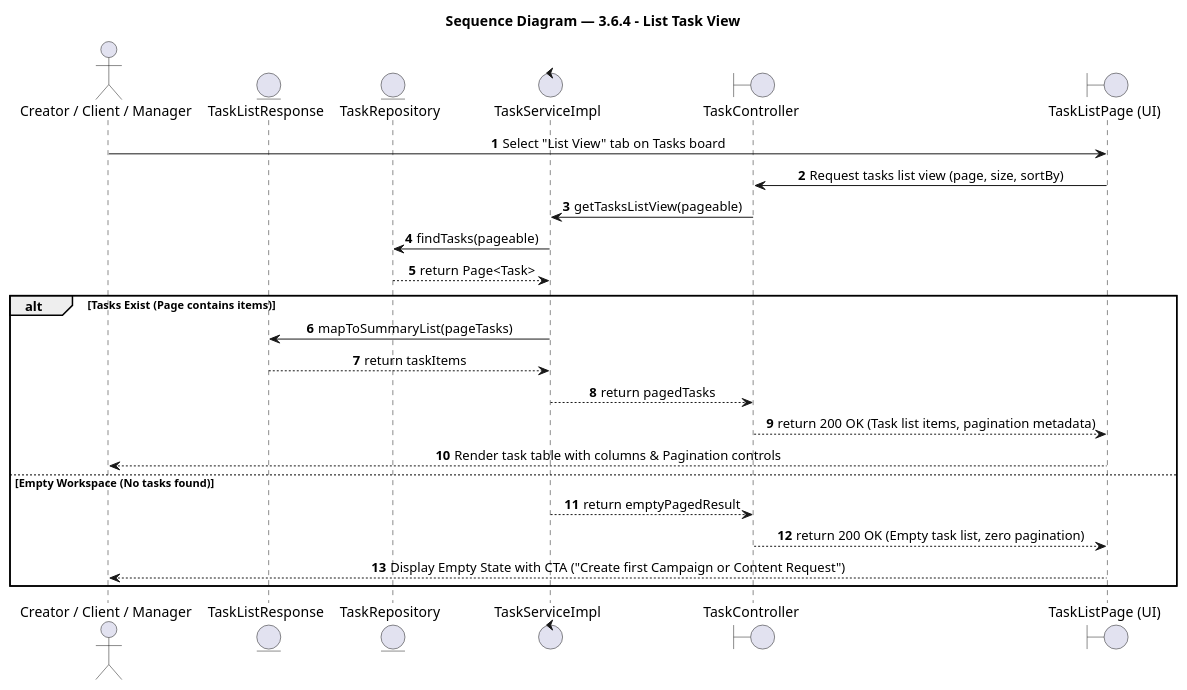
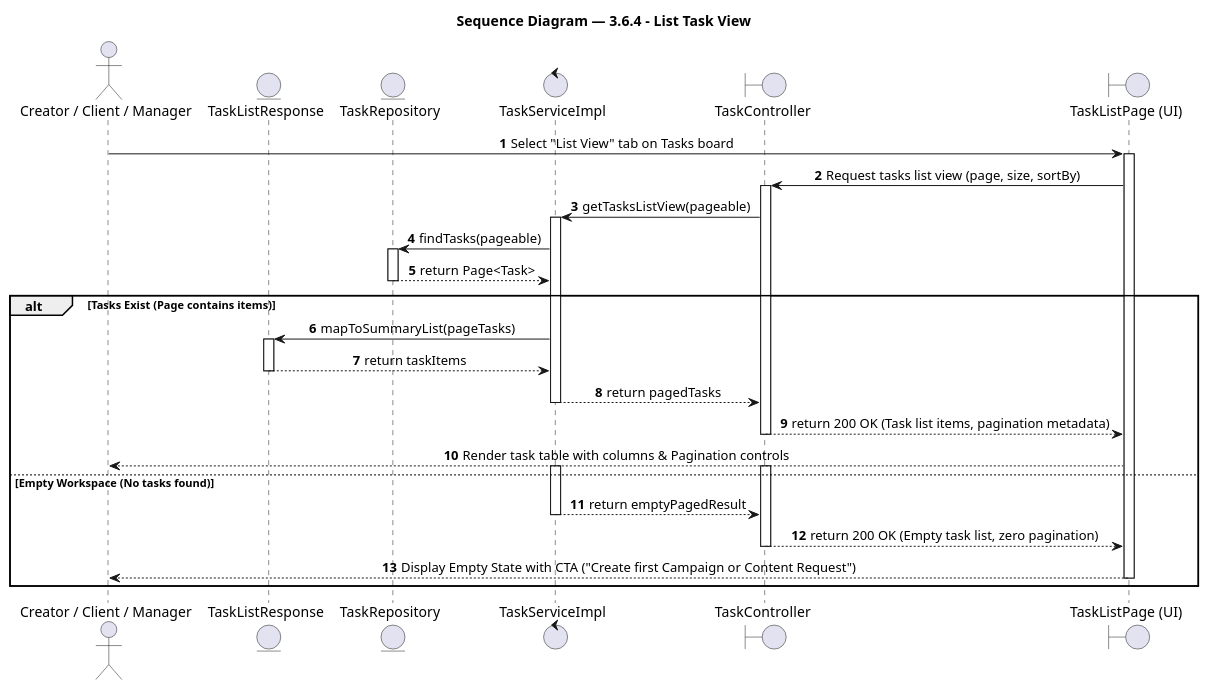
One commit to BrandHubOrganization/brandhub-infrastructure changed the diagram in docs/feature/content-task-workflow/3-6-4-list-task-view/report4_sequence.puml. Above: the diagram before and after it, drawn with PlantUML. The commit also changed 149 other files, not shown here.

Commit message:
docs(sequence): fix activation bars across all sequence diagrams according to UML 2.5 rules

```diff
--- a/docs/feature/content-task-workflow/3-6-4-list-task-view/report4_sequence.puml
+++ b/docs/feature/content-task-workflow/3-6-4-list-task-view/report4_sequence.puml
@@ -1,37 +1,51 @@
 @startuml 3.6.4 - List Task View
 title Sequence Diagram — 3.6.4 - List Task View
 
 autonumber
 skinparam shadowing false
 skinparam sequenceMessageAlign center
 skinparam BoxPadding 10
 skinparam ParticipantPadding 10
 
 ' === Participants ===
 actor "Creator / Client / Manager" as creatorclientmanager
 entity "TaskListResponse" as tasklistresponse
 entity "TaskRepository" as taskrepository
 control "TaskServiceImpl" as taskserviceimpl
 boundary "TaskController" as taskcontroller
 boundary "TaskListPage (UI)" as tasklistpageui
 
 ' === Flow ===
 creatorclientmanager -> tasklistpageui: Select "List View" tab on Tasks board
+activate tasklistpageui
 tasklistpageui -> taskcontroller: Request tasks list view (page, size, sortBy)
+activate taskcontroller
 taskcontroller -> taskserviceimpl: getTasksListView(pageable)
+activate taskserviceimpl
 taskserviceimpl -> taskrepository: findTasks(pageable)
+activate taskrepository
 taskrepository --> taskserviceimpl: return Page<Task>
+deactivate taskrepository
 
 alt Tasks Exist (Page contains items)
   taskserviceimpl -> tasklistresponse: mapToSummaryList(pageTasks)
+  activate tasklistresponse
   tasklistresponse --> taskserviceimpl: return taskItems
+  deactivate tasklistresponse
   taskserviceimpl --> taskcontroller: return pagedTasks
+  deactivate taskserviceimpl
   taskcontroller --> tasklistpageui: return 200 OK (Task list items, pagination metadata)
+  deactivate taskcontroller
   tasklistpageui --> creatorclientmanager: Render task table with columns & Pagination controls
 else Empty Workspace (No tasks found)
+  activate taskserviceimpl
+  activate taskcontroller
   taskserviceimpl --> taskcontroller: return emptyPagedResult
+  deactivate taskserviceimpl
   taskcontroller --> tasklistpageui: return 200 OK (Empty task list, zero pagination)
+  deactivate taskcontroller
   tasklistpageui --> creatorclientmanager: Display Empty State with CTA ("Create first Campaign or Content Request")
+  deactivate tasklistpageui
 end
 
 @enduml
```
